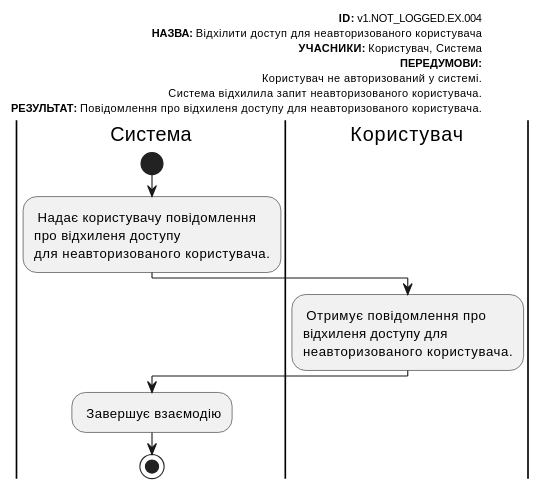
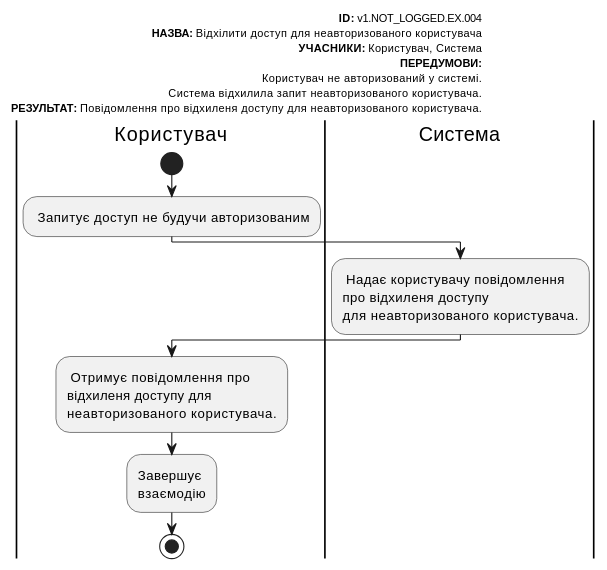
One commit to danilbezus/survey-expert changed diagram 16 of 22 in docs/use cases/README.md. Above: the diagram before and after it, drawn with PlantUML. The commit also changed other lines of this file, not shown here.

```diff
--- a/docs/use cases/README.md
+++ b/docs/use cases/README.md
@@ -775,24 +867,28 @@
-@startuml
+  @startuml
   
-    left header
-         <font color=000 size=10><b>ID:</b> v1.NOT_LOGGED.EX.004
-         <font color=000 size=10><b>НАЗВА:</b> Відхілити доступ для неавторизованого користувача
-         <font color=000 size=10><b>УЧАСНИКИ:</b> Користувач, Система 
-         <font color=000 size=10><b>ПЕРЕДУМОВИ:</b>
-         <font color=000 size=10>Користувач не авторизований у системі.
-         <font color=000 size=10>Система відхилила запит неавторизованого користувача.
-         <font color=000 size=10><b>РЕЗУЛЬТАТ:</b> Повідомлення про відхиленя доступу для неавторизованого користувача.
-     end header
-     |Система|
-         start
-         : Надає користувачу повідомлення
-         про відхиленя доступу 
-         для неавторизованого користувача.;
-     |Користувач|
-         : Отримує повідомлення про 
-         відхиленя доступу для 
-         неавторизованого користувача.;
-     |Система|
-         : Завершує взаємодію;
-         stop;
-@enduml
+      left header
+        <font color=000 size=10><b>ID:</b> v1.NOT_LOGGED.EX.004
+        <font color=000 size=10><b>НАЗВА:</b> Відхілити доступ для неавторизованого користувача
+        <font color=000 size=10><b>УЧАСНИКИ:</b> Користувач, Система 
+        <font color=000 size=10><b>ПЕРЕДУМОВИ:</b>
+        <font color=000 size=10>Користувач не авторизований у системі.
+        <font color=000 size=10>Система відхилила запит неавторизованого користувача.
+        <font color=000 size=10><b>РЕЗУЛЬТАТ:</b> Повідомлення про відхиленя доступу для неавторизованого користувача.
+      end header
+      |Користувач|
+          start
+          : Запитує доступ не будучи авторизованим;            
+      |Система|
+          : Надає користувачу повідомлення
+          про відхиленя доступу 
+          для неавторизованого користувача.;
+      |Користувач|
+          : Отримує повідомлення про 
+          відхиленя доступу для 
+          неавторизованого користувача.;           
+          :Завершує
+          взаємодію;
+
+          stop;
+
+  @enduml
```
